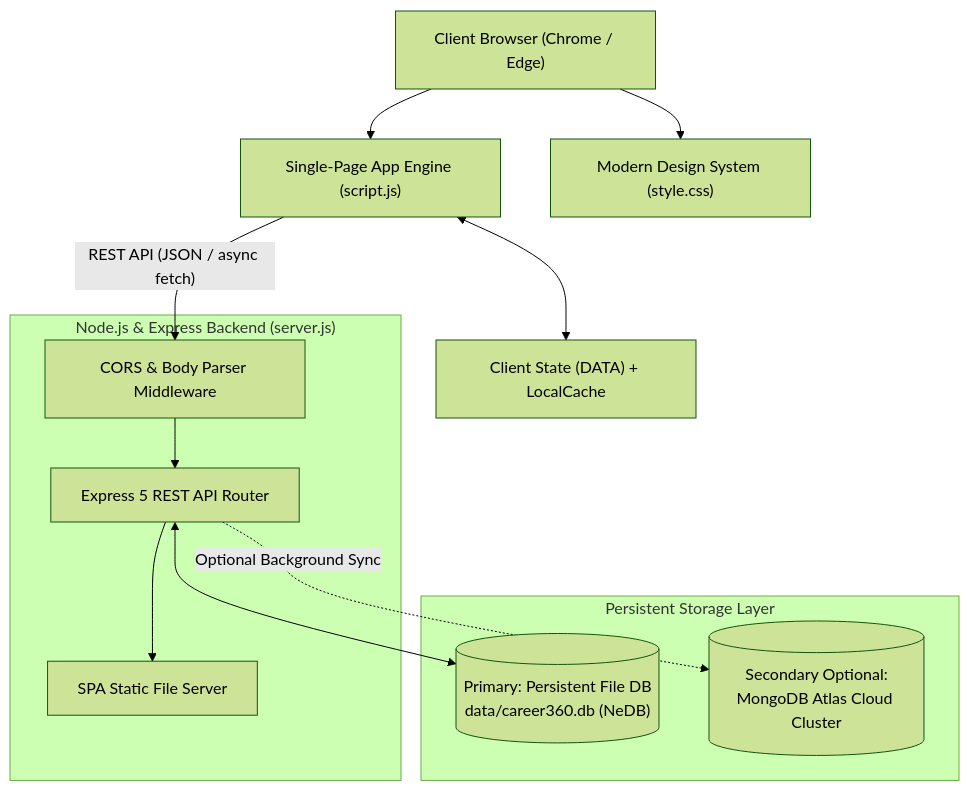
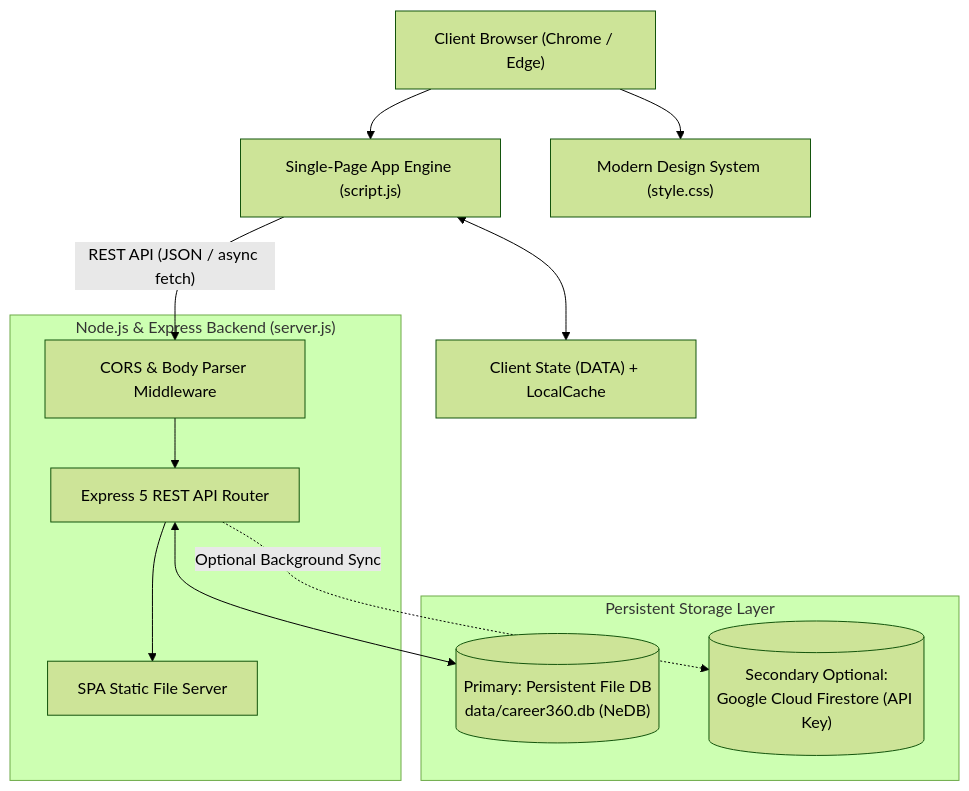
The second of 2 diagrams in INTERNSHIP_REPORT.md (malathidurai06/Career360-PlacementRoadMap), drawn with Mermaid (forest theme) before and after one commit. The commit also changed other lines of this file and 9 other files, not shown here.

Commit message:
Replace MongoDB with Firebase Firestore API Key sync and zero-setup NeDB embedded database

````diff
--- a/INTERNSHIP_REPORT.md
+++ b/INTERNSHIP_REPORT.md
@@ -351,29 +351,29 @@
 ```mermaid
 graph TD
     Client["Client Browser (Chrome / Edge)"]
     UI["Single-Page App Engine (script.js)"]
     CSS["Modern Design System (style.css)"]
     Store["Client State (DATA) + LocalCache"]
 
     Client --> UI
     Client --> CSS
     UI <--> Store
 
     subgraph "Node.js & Express Backend (server.js)"
         Router["Express 5 REST API Router"]
         Cors["CORS & Body Parser Middleware"]
         Fallback["SPA Static File Server"]
     end
 
     UI -- "REST API (JSON / async fetch)" --> Cors
     Cors --> Router
     Router --> Fallback
 
     subgraph "Persistent Storage Layer"
         EmbeddedDB[("Primary: Persistent File DB<br/>data/career360.db (NeDB)")]
-        CloudDB[("Secondary Optional:<br/>MongoDB Atlas Cloud Cluster")]
+        CloudDB[("Secondary Optional:<br/>Google Cloud Firestore (API Key)")]
     end
 
     Router <--> EmbeddedDB
     Router -. Optional Background Sync .-> CloudDB
 ```
````
